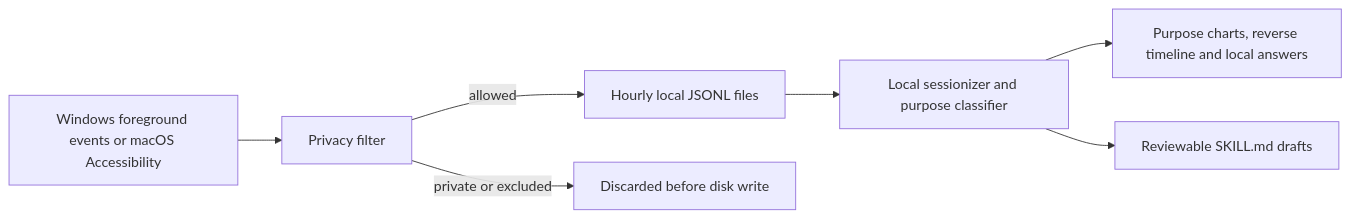
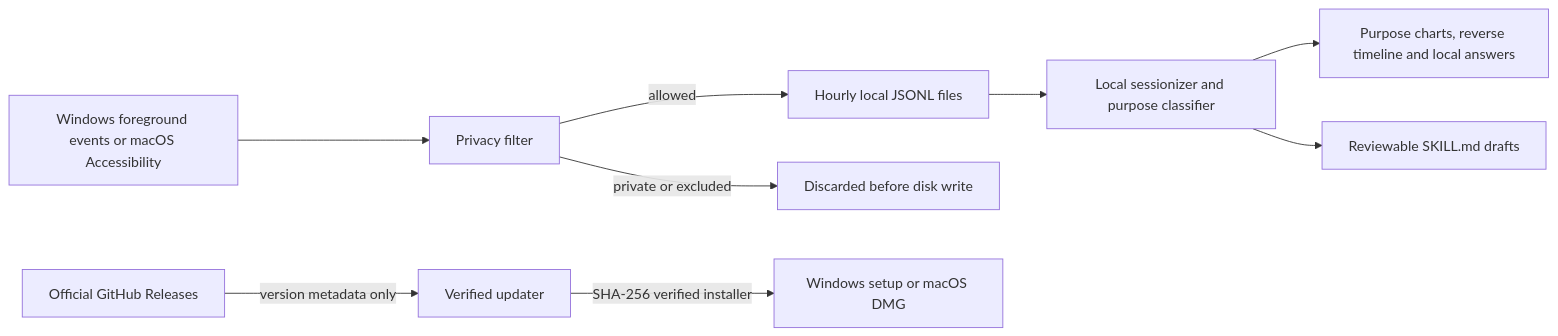
Before and after one commit to CaspianG/daytrace: the diagram in README.md, drawn with Mermaid. The commit also changed other lines of this file and 24 other files, not shown here.

````diff
--- a/README.md
+++ b/README.md
@@ -128,9 +135,11 @@
 ```mermaid
 flowchart LR
     A["Windows foreground events or macOS Accessibility"] --> B["Privacy filter"]
     B -->|"allowed"| C["Hourly local JSONL files"]
     B -->|"private or excluded"| X["Discarded before disk write"]
     C --> D["Local sessionizer and purpose classifier"]
     D --> E["Purpose charts, reverse timeline and local answers"]
     D --> F["Reviewable SKILL.md drafts"]
+    U["Official GitHub Releases"] -->|"version metadata only"| V["Verified updater"]
+    V -->|"SHA-256 verified installer"| G["Windows setup or macOS DMG"]
 ```
````
